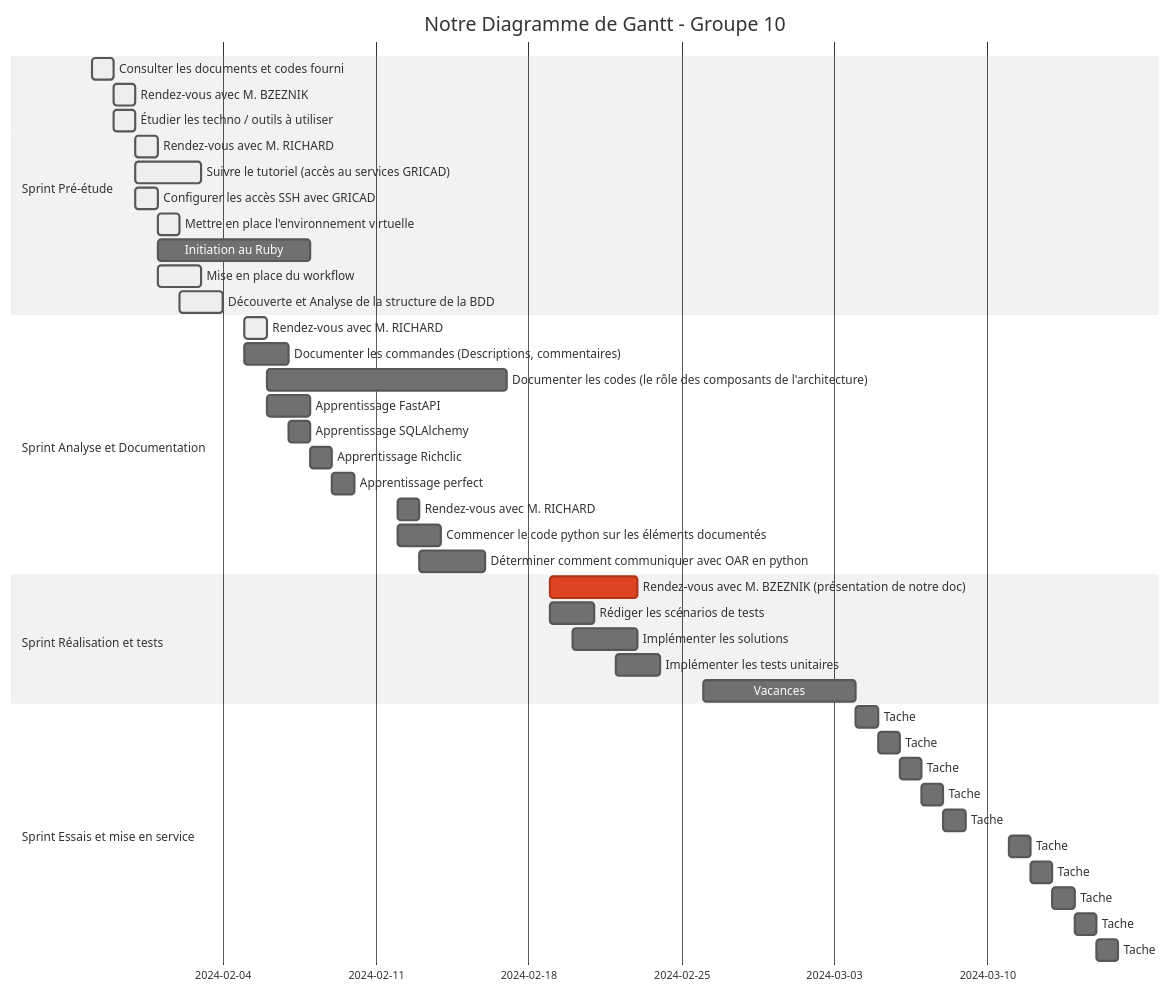
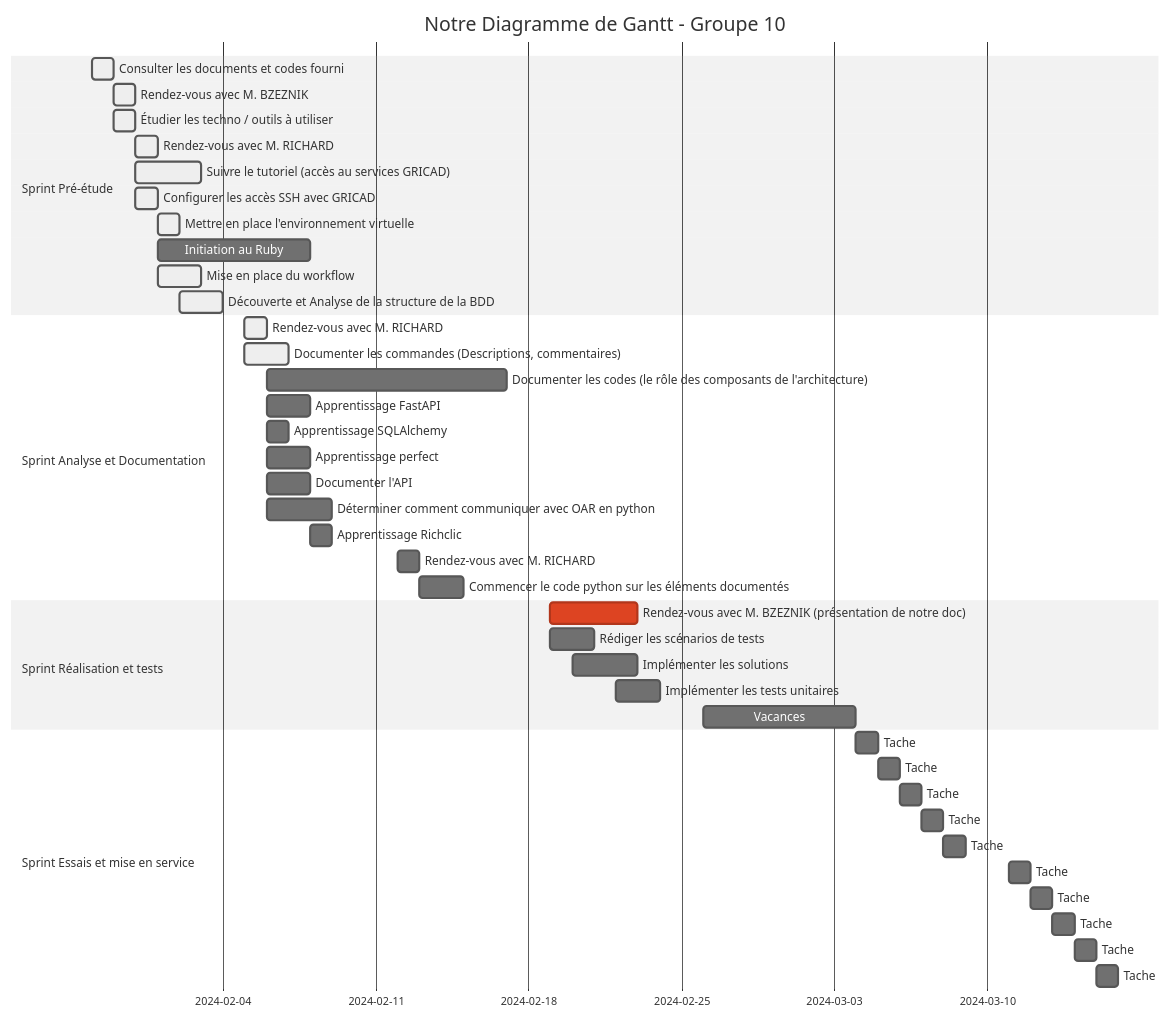
One commit to 2023-2024-PROJET-S10-G10/docs changed the diagram in gantt_diagram.md. Above: the diagram before and after it, drawn with Mermaid (neutral theme). The commit also changed 5 other files, not shown here.

Commit message:
updated logbook, gantt and daily

````diff
--- a/gantt_diagram.md
+++ b/gantt_diagram.md
@@ -1,44 +1,45 @@
 ```mermaid
 gantt
     title Notre Diagramme de Gantt - Groupe 10
     dateFormat YYYY-MM-DD
     section Sprint Pré-étude
         Consulter les documents et codes fourni                         :active, 2024-01-29, 1d
         Rendez-vous avec M. BZEZNIK                                     :active, 2024-01-30, 1d
         Étudier les techno / outils à utiliser                          :active, 2024-01-30, 1d
         Rendez-vous avec M. RICHARD                                     :active, 2024-01-31, 1d
         Suivre le tutoriel (accès au services GRICAD)                   :active, 2024-01-31, 3d
         Configurer les accès SSH avec GRICAD                            :active, 2024-01-31, 1d
         Mettre en place l'environnement virtuelle                       :active, 2024-02-01, 1d
         Initiation au Ruby                                              : 2024-02-01, 7d
         Mise en place du workflow                                       :active, 2024-02-01, 2d
         Découverte et Analyse de la structure de la BDD                 :active, 2024-02-02, 2d
     section Sprint Analyse et Documentation
         Rendez-vous avec M. RICHARD                                     :active, 2024-02-05, 1d
-        Documenter les commandes (Descriptions, commentaires)           : 2024-02-05, 2d
+        Documenter les commandes (Descriptions, commentaires)           :active, 2024-02-05, 2d
         Documenter les codes (le rôle des composants de l'architecture) : 2024-02-06, 11d
         Apprentissage FastAPI                                           : 2024-02-06, 2d
-        Apprentissage SQLAlchemy                                        : 2024-02-07, 1d
+        Apprentissage SQLAlchemy                                        : 2024-02-06, 1d
+        Apprentissage perfect                                           : 2024-02-06, 2d
+        Documenter l'API                                                : 2024-02-06, 2d
+        Déterminer comment communiquer avec OAR en python               : 2024-02-06, 3d
         Apprentissage Richclic                                          : 2024-02-08, 1d
-        Apprentissage perfect                                           : 2024-02-09, 1d
         Rendez-vous avec M. RICHARD                                     : 2024-02-12, 1d
-        Commencer le code python sur les éléments documentés            : 2024-02-12, 2d
-        Déterminer comment communiquer avec OAR en python               : 2024-02-13, 3d
+        Commencer le code python sur les éléments documentés            : 2024-02-13, 2d
     section Sprint Réalisation et tests
         Rendez-vous avec M. BZEZNIK (présentation de notre doc)         :crit, 2024-02-19, 4d
         Rédiger les scénarios de tests                                  : 2024-02-19, 2d
         Implémenter les solutions                                       : 2024-02-20, 3d
         Implémenter les tests unitaires                                 : 2024-02-22, 2d
         Vacances                                        : 2024-02-26, 7d
     section Sprint Essais et mise en service
         Tache                        : 2024-03-04, 1d
         Tache                        : 2024-03-05, 1d
         Tache                        : 2024-03-06, 1d
         Tache                        : 2024-03-07, 1d
         Tache                        : 2024-03-08, 1d
         Tache                        : 2024-03-11, 1d
         Tache                        : 2024-03-12, 1d
         Tache                        : 2024-03-13, 1d
         Tache                        : 2024-03-14, 1d
         Tache                        : 2024-03-15, 1d
 ```
````
